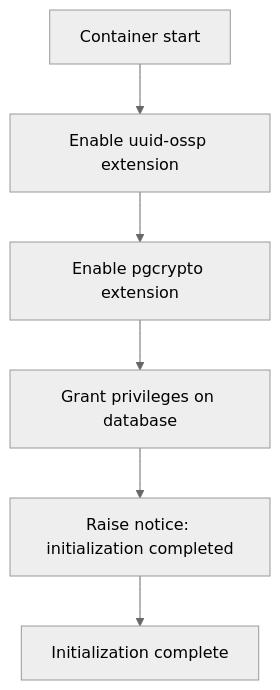
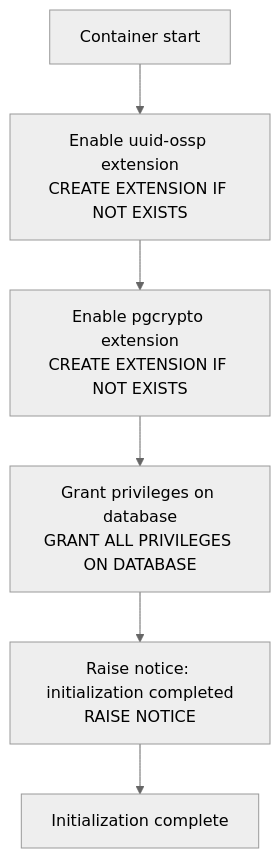
One commit to Avi-Bendetsky/Quiz-to-build changed the sixth of 10 diagrams in .qoder/repowiki/en/content/Deployment and Infrastructure/Docker Containerization.md. Above: the diagram before and after it, drawn with Mermaid (neutral theme). The commit also changed other lines of this file and 41 other files, not shown here.

````diff
--- a/.qoder/repowiki/en/content/Deployment and Infrastructure/Docker Containerization.md
+++ b/.qoder/repowiki/en/content/Deployment and Infrastructure/Docker Containerization.md
@@ -232,8 +419,8 @@
 ```mermaid
 flowchart TD
-InitStart["Container start"] --> ExtUUID["Enable uuid-ossp extension"]
-ExtUUID --> ExtCrypto["Enable pgcrypto extension"]
-ExtCrypto --> GrantPriv["Grant privileges on database"]
-GrantPriv --> LogNotice["Raise notice: initialization completed"]
+InitStart["Container start"] --> ExtUUID["Enable uuid-ossp extension<br/>CREATE EXTENSION IF NOT EXISTS"]
+ExtUUID --> ExtCrypto["Enable pgcrypto extension<br/>CREATE EXTENSION IF NOT EXISTS"]
+ExtCrypto --> GrantPriv["Grant privileges on database<br/>GRANT ALL PRIVILEGES ON DATABASE"]
+GrantPriv --> LogNotice["Raise notice: initialization completed<br/>RAISE NOTICE"]
 LogNotice --> InitEnd["Initialization complete"]
 ```
````
